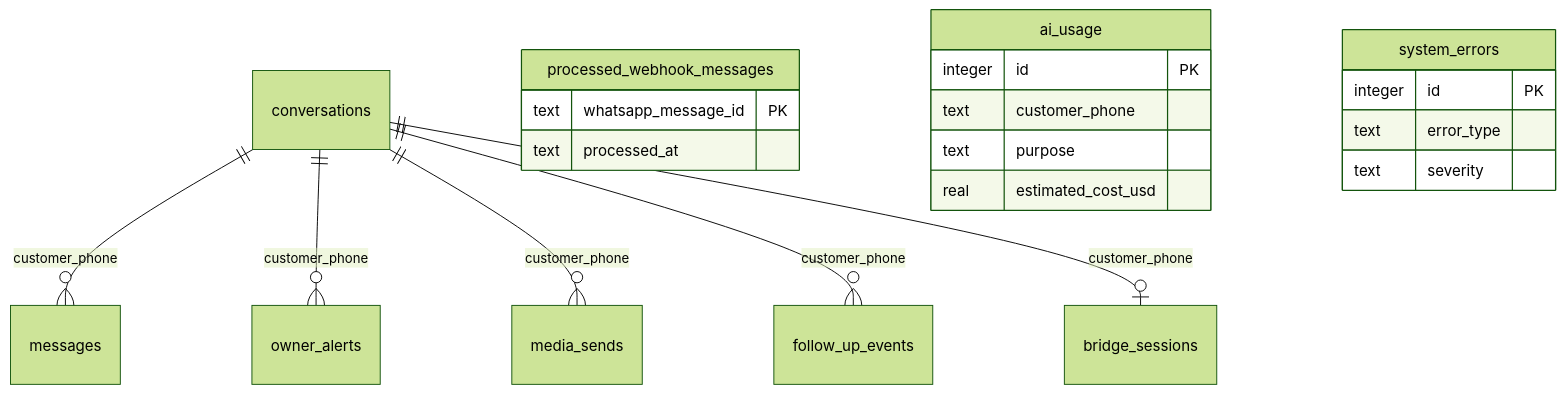
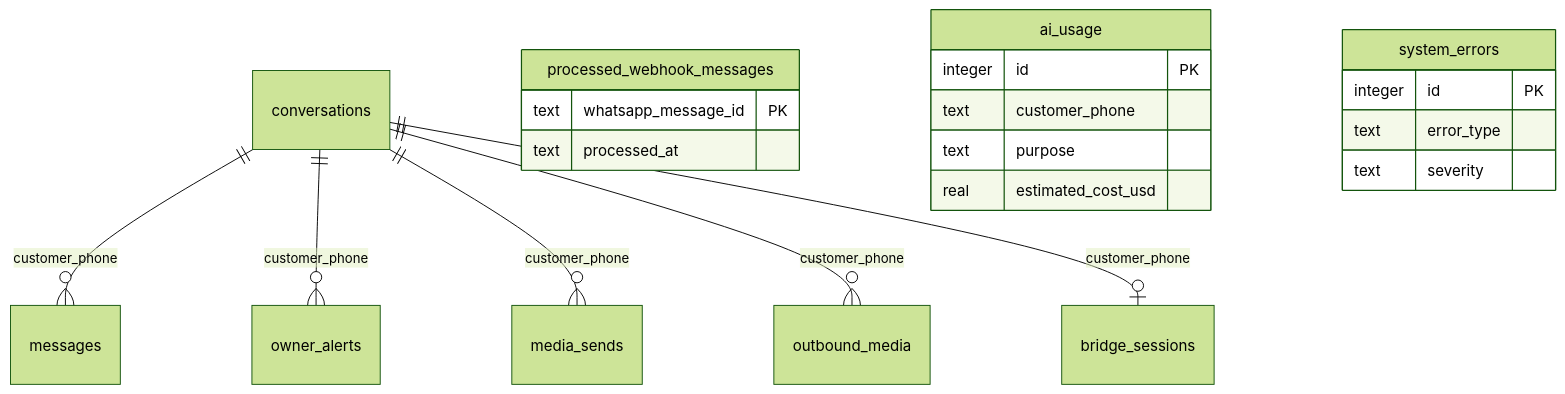
Before and after one commit to Andeanscapes/whatsapp-sales-bot: the ninth of 10 diagrams in docs/bot-architecture.md, drawn with Mermaid (forest theme). The commit also changed other lines of this file and 341 other files, not shown here.

````diff
--- a/docs/bot-architecture.md
+++ b/docs/bot-architecture.md
@@ -411,23 +856,23 @@
 ```mermaid
 erDiagram
   conversations ||--o{ messages : customer_phone
   conversations ||--o{ owner_alerts : customer_phone
   conversations ||--o{ media_sends : customer_phone
-  conversations ||--o{ follow_up_events : customer_phone
+  conversations ||--o{ outbound_media : customer_phone
   conversations ||--o| bridge_sessions : customer_phone
   processed_webhook_messages {
     text whatsapp_message_id PK
     text processed_at
   }
   ai_usage {
     integer id PK
     text customer_phone
     text purpose
     real estimated_cost_usd
   }
   system_errors {
     integer id PK
     text error_type
     text severity
   }
 ```
````
